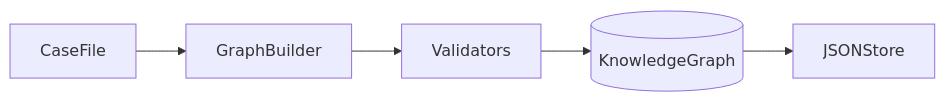
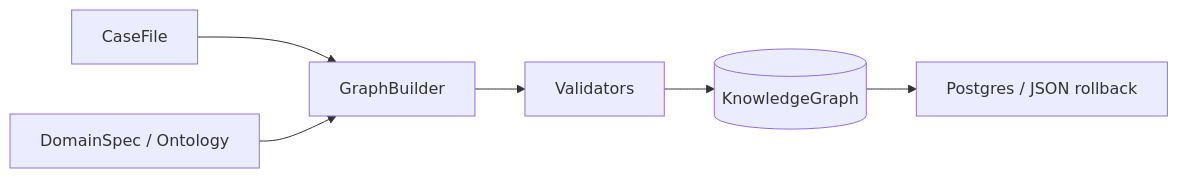
Before and after one commit to MSH4R1F/proposer: the first of 2 diagrams in packages/kg_builder/README.md, drawn with Mermaid. The commit also changed other lines of this file and 9 other files, not shown here.

````diff
--- a/packages/kg_builder/README.md
+++ b/packages/kg_builder/README.md
@@ -7,7 +9,8 @@
 ```mermaid
 flowchart LR
     CaseFile[CaseFile] --> Builder[GraphBuilder]
+    Domain[DomainSpec / Ontology] --> Builder
     Builder --> Validate[Validators]
     Validate --> KG[(KnowledgeGraph)]
-    KG --> Store[JSONStore]
+    KG --> Store[Postgres / JSON rollback]
 ```
````
